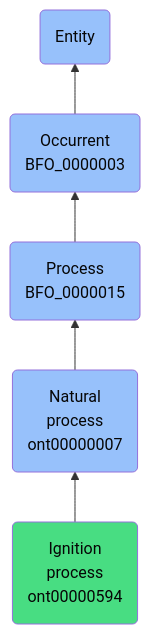
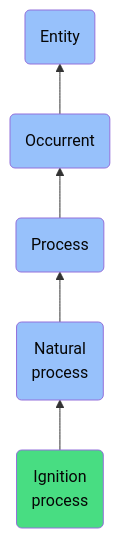
Before and after one commit to jupyter-naas/abi: the diagram in docs/ontology/reference/model/Entity/Occurrent/Process/Natural process/Ignition process/Ignition process.md, drawn with Mermaid. The commit also changed other lines of this file and 1430 other files, not shown here.

````diff
--- a/docs/ontology/reference/model/Entity/Occurrent/Process/Natural process/Ignition process/Ignition process.md
+++ b/docs/ontology/reference/model/Entity/Occurrent/Process/Natural process/Ignition process/Ignition process.md
@@ -24,12 +24,12 @@
 ```mermaid
 graph BT
-    ont00000594(Ignition<br>process<br>ont00000594):::ABI-->ont00000007
-    ont00000007(Natural<br>process<br>ont00000007):::BFO-->BFO_0000015
-    BFO_0000015(Process<br>BFO_0000015):::BFO-->BFO_0000003
-    BFO_0000003(Occurrent<br>BFO_0000003):::BFO-->BFO_0000001
+    ont00000594(Ignition<br>process):::ABI-->ont00000007
+    ont00000007(Natural<br>process):::BFO-->BFO_0000015
+    BFO_0000015(Process):::BFO-->BFO_0000003
+    BFO_0000003(Occurrent):::BFO-->BFO_0000001
     BFO_0000001(Entity):::BFO
     
     classDef BFO fill:#97c1fb,color:#060606
     classDef CCO fill:#e4c51e,color:#060606
     classDef ABI fill:#48DD82,color:#060606
 ```
````
